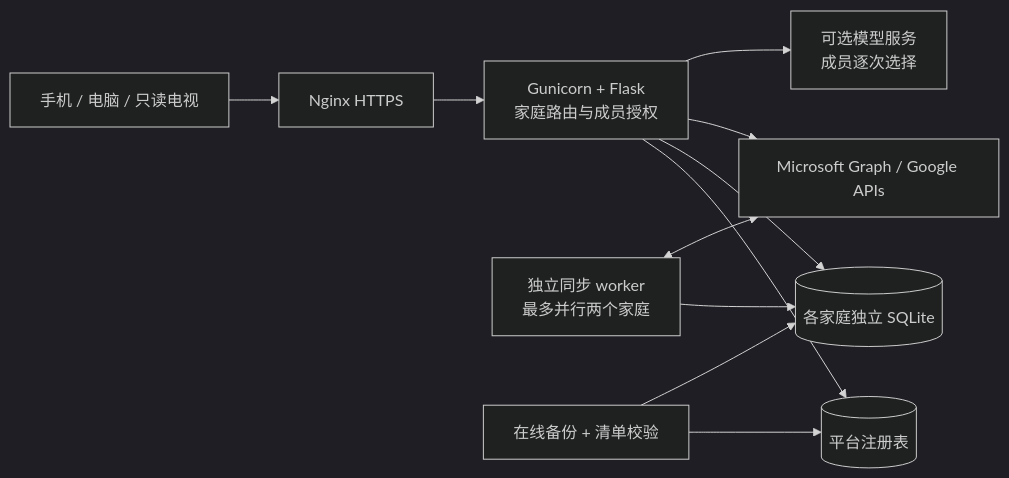
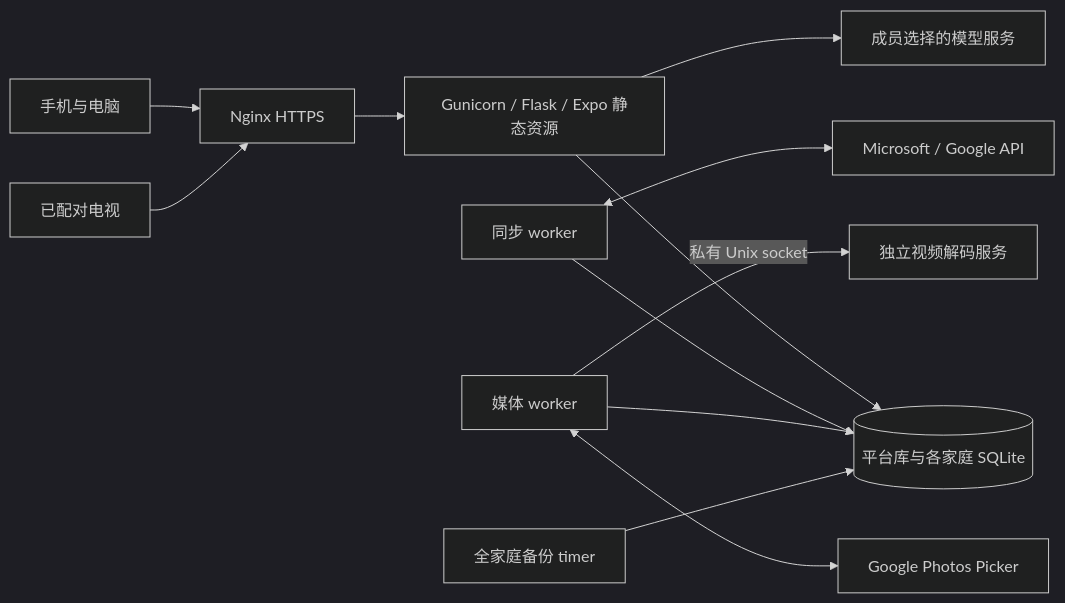
The diagram in README.md (caesarvan/family-dashboard), drawn with Mermaid (dark theme) before and after one commit. The commit also changed other lines of this file and 1 other file, not shown here.

````diff
--- a/README.md
+++ b/README.md
@@ -256,13 +57,14 @@
 ```mermaid
 flowchart LR
-    Client[手机 / 电脑 / 只读电视] --> Web[Nginx HTTPS]
-    Web --> App[Gunicorn + Flask\n家庭路由与成员授权]
-    App --> Registry[(平台注册表)]
-    App --> DB[(各家庭独立 SQLite)]
-    Sync[独立同步 worker\n最多并行两个家庭] --> DB
-    Sync <--> Cloud[Microsoft Graph / Google APIs]
-    App --> Cloud
-    App --> Optional[可选模型服务\n成员逐次选择]
-    Backup[在线备份 + 清单校验] --> Registry
-    Backup --> DB
+    Member[手机与电脑] --> Web[Nginx HTTPS]
+    TV[已配对电视] --> Web
+    Web --> App[Gunicorn / Flask / Expo 静态资源]
+    App --> DB[(平台库与各家庭 SQLite)]
+    Sync[同步 worker] --> DB
+    Sync <--> Cloud[Microsoft / Google API]
+    Media[媒体 worker] --> DB
+    Media <--> Picker[Google Photos Picker]
+    Media -->|私有 Unix socket| Decoder[独立视频解码服务]
+    App --> Optional[成员选择的模型服务]
+    Backup[全家庭备份 timer] --> DB
 ```
````
